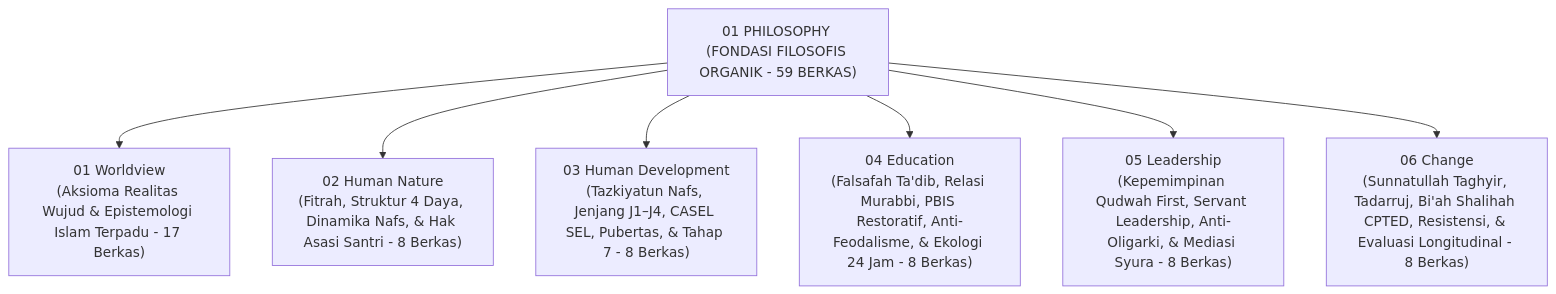
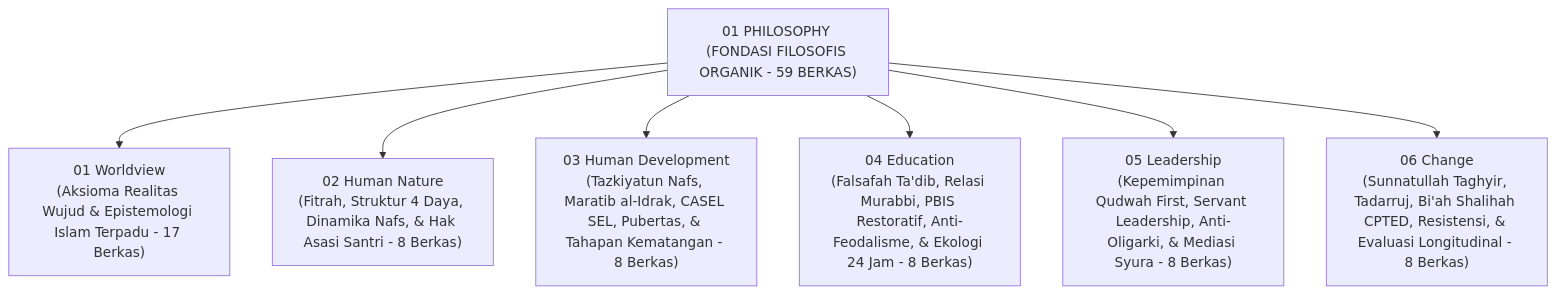
The diagram in 01 Philosophy/README.md (wandiapriliyandi/tumbuh), drawn with Mermaid before and after one commit. The commit also changed other lines of this file and 62 other files, not shown here.

````diff
--- a/01 Philosophy/README.md
+++ b/01 Philosophy/README.md
@@ -14,11 +14,11 @@
 ```mermaid
 graph TD
     P1["01 PHILOSOPHY (FONDASI FILOSOFIS ORGANIK - 59 BERKAS)"]
     
     P1 --> D1["01 Worldview<br/>(Aksioma Realitas Wujud & Epistemologi Islam Terpadu - 17 Berkas)"]
     P1 --> D2["02 Human Nature<br/>(Fitrah, Struktur 4 Daya, Dinamika Nafs, & Hak Asasi Santri - 8 Berkas)"]
-    P1 --> D3["03 Human Development<br/>(Tazkiyatun Nafs, Jenjang J1–J4, CASEL SEL, Pubertas, & Tahap 7 - 8 Berkas)"]
+    P1 --> D3["03 Human Development<br/>(Tazkiyatun Nafs, Maratib al-Idrak, CASEL SEL, Pubertas, & Tahapan Kematangan - 8 Berkas)"]
     P1 --> D4["04 Education<br/>(Falsafah Ta'dib, Relasi Murabbi, PBIS Restoratif, Anti-Feodalisme, & Ekologi 24 Jam - 8 Berkas)"]
     P1 --> D5["05 Leadership<br/>(Kepemimpinan Qudwah First, Servant Leadership, Anti-Oligarki, & Mediasi Syura - 8 Berkas)"]
     P1 --> D6["06 Change<br/>(Sunnatullah Taghyir, Tadarruj, Bi'ah Shalihah CPTED, Resistensi, & Evaluasi Longitudinal - 8 Berkas)"]
 ```
````
